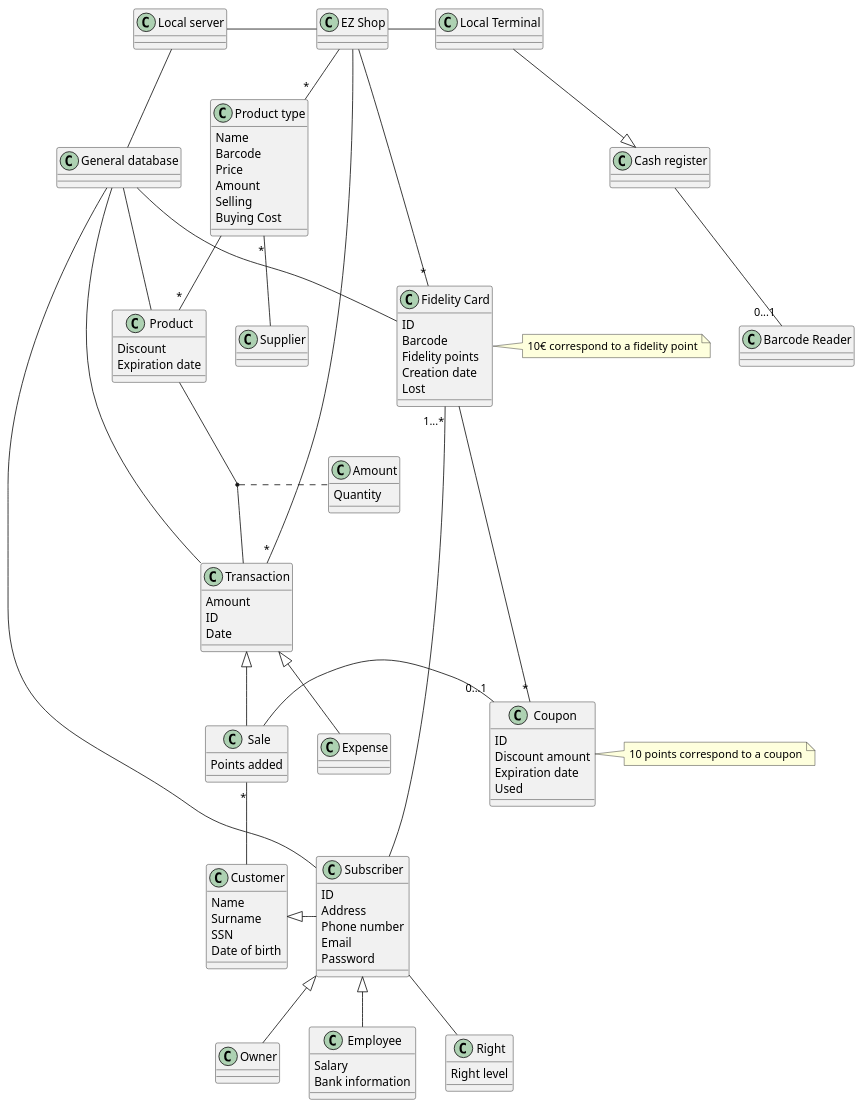
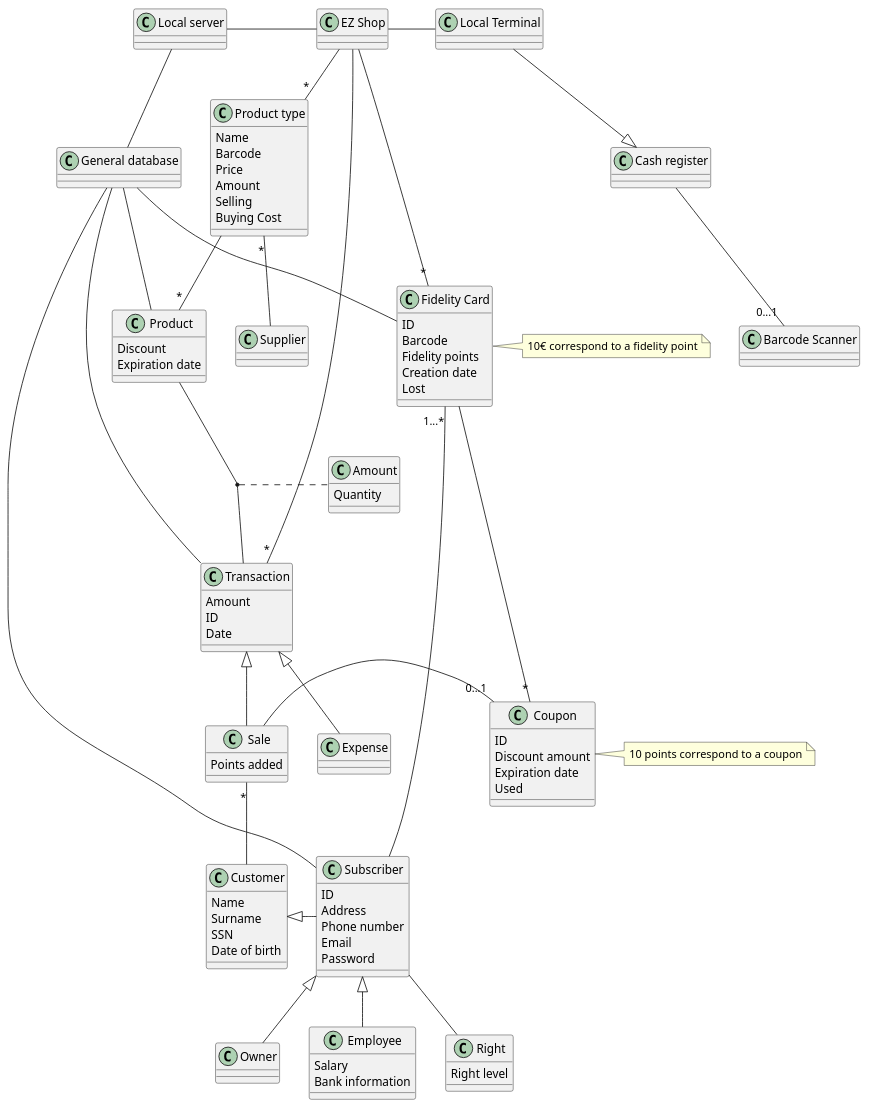
One commit to nicolabattaglino/ezshop changed the fifth of 7 diagrams in Deliverables/RequirementsDocument.md. Above: the diagram before and after it, drawn with PlantUML.

```diff
--- a/Deliverables/RequirementsDocument.md
+++ b/Deliverables/RequirementsDocument.md
@@ -841,7 +841,7 @@
 class "Cash register" as cashRegister{
 
 }
-class "Barcode Reader" as barcodeReader{
+class "Barcode Scanner" as barcodeReader{
 
 }
 class "Supplier" as supplier{
```
